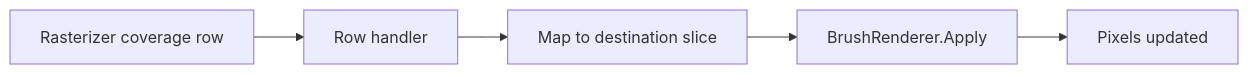
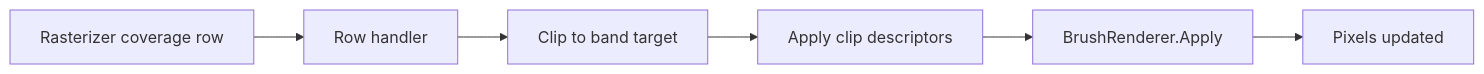
Before and after one commit to SixLabors/ImageSharp.Drawing: the fourth of 4 diagrams in src/ImageSharp.Drawing/Processing/Backends/DEFAULT_DRAWING_BACKEND.md, drawn with Mermaid. The commit also changed other lines of this file and 102 other files, not shown here.

````diff
--- a/src/ImageSharp.Drawing/Processing/Backends/DEFAULT_DRAWING_BACKEND.md
+++ b/src/ImageSharp.Drawing/Processing/Backends/DEFAULT_DRAWING_BACKEND.md
@@ -294,7 +309,8 @@
 ```mermaid
 flowchart LR
     A[Rasterizer coverage row] --> B[Row handler]
-    B --> C[Map to destination slice]
-    C --> D[BrushRenderer.Apply]
-    D --> E[Pixels updated]
+    B --> C[Clip to band target]
+    C --> D[Apply clip descriptors]
+    D --> E[BrushRenderer.Apply]
+    E --> F[Pixels updated]
 ```
````
